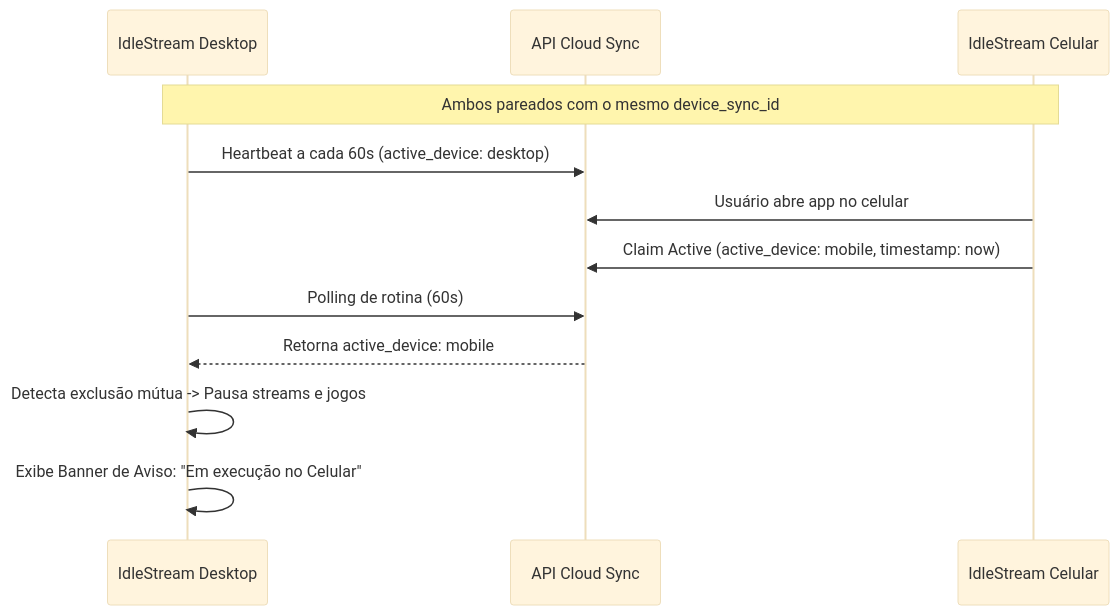
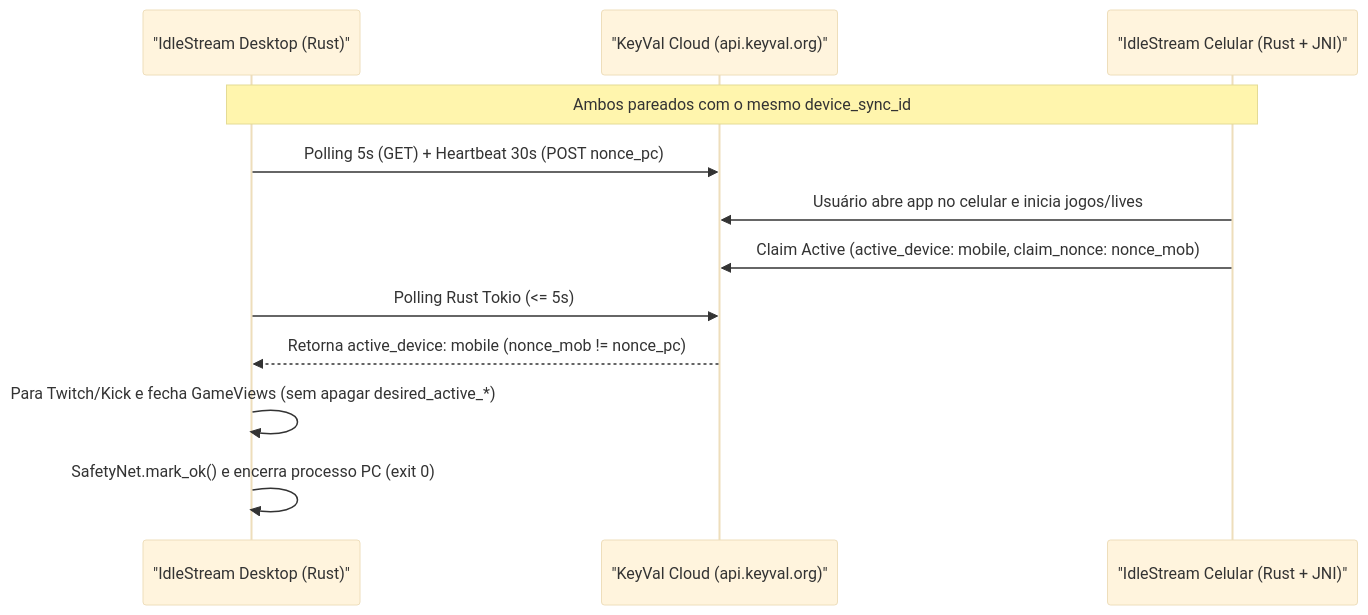
Before and after one commit to GabrielGamaBaptista/IdleStream: the third of 4 diagrams in Docs/13-melhorias-v4.3-novos-subsistemas.md, drawn with Mermaid (base theme). The commit also changed other lines of this file and 27 other files, not shown here.

````diff
--- a/Docs/13-melhorias-v4.3-novos-subsistemas.md
+++ b/Docs/13-melhorias-v4.3-novos-subsistemas.md
@@ -88,15 +88,15 @@
 ```mermaid
 sequenceDiagram
-    participant PC as IdleStream Desktop
-    participant Cloud as API Cloud Sync
-    participant Mobile as IdleStream Celular
+    participant PC as "IdleStream Desktop (Rust)"
+    participant Cloud as "KeyVal Cloud (api.keyval.org)"
+    participant Mobile as "IdleStream Celular (Rust + JNI)"
 
     Note over PC,Mobile: Ambos pareados com o mesmo device_sync_id
-    PC->>Cloud: Heartbeat a cada 60s (active_device: desktop)
-    Mobile->>Cloud: Usuário abre app no celular
-    Mobile->>Cloud: Claim Active (active_device: mobile, timestamp: now)
-    PC->>Cloud: Polling de rotina (60s)
-    Cloud-->>PC: Retorna active_device: mobile
-    PC->>PC: Detecta exclusão mútua -> Pausa streams e jogos
-    PC->>PC: Exibe Banner de Aviso: "Em execução no Celular"
+    PC->>Cloud: Polling 5s (GET) + Heartbeat 30s (POST nonce_pc)
+    Mobile->>Cloud: Usuário abre app no celular e inicia jogos/lives
+    Mobile->>Cloud: Claim Active (active_device: mobile, claim_nonce: nonce_mob)
+    PC->>Cloud: Polling Rust Tokio (<= 5s)
+    Cloud-->>PC: Retorna active_device: mobile (nonce_mob != nonce_pc)
+    PC->>PC: Para Twitch/Kick e fecha GameViews (sem apagar desired_active_*)
+    PC->>PC: SafetyNet.mark_ok() e encerra processo PC (exit 0)
 ```
````
